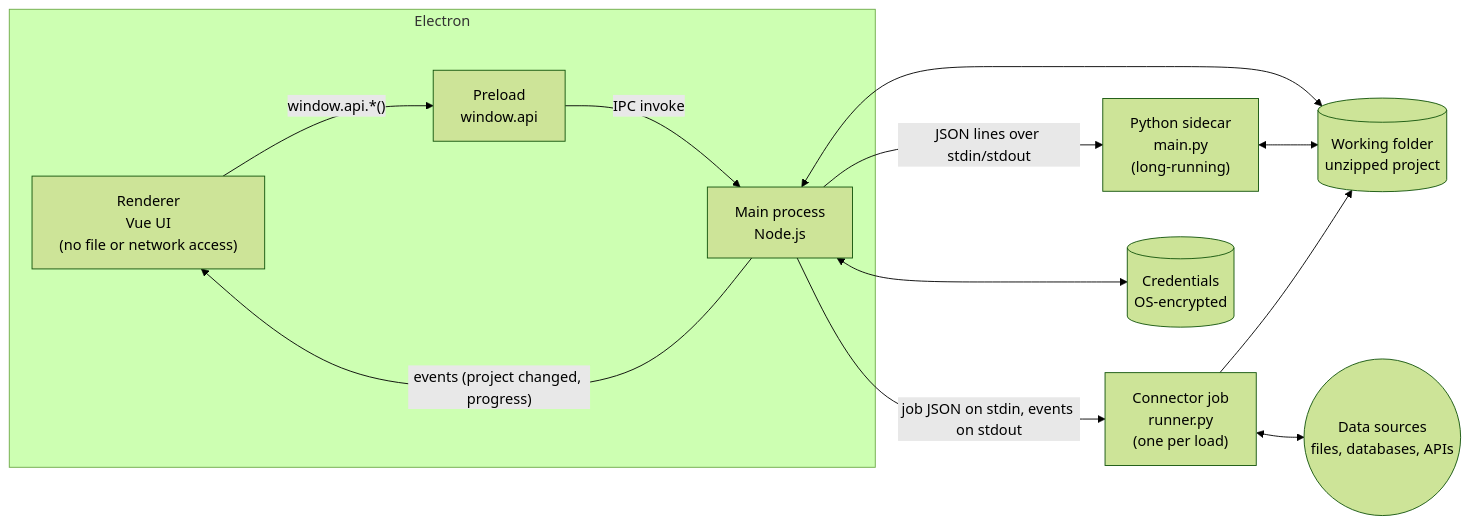
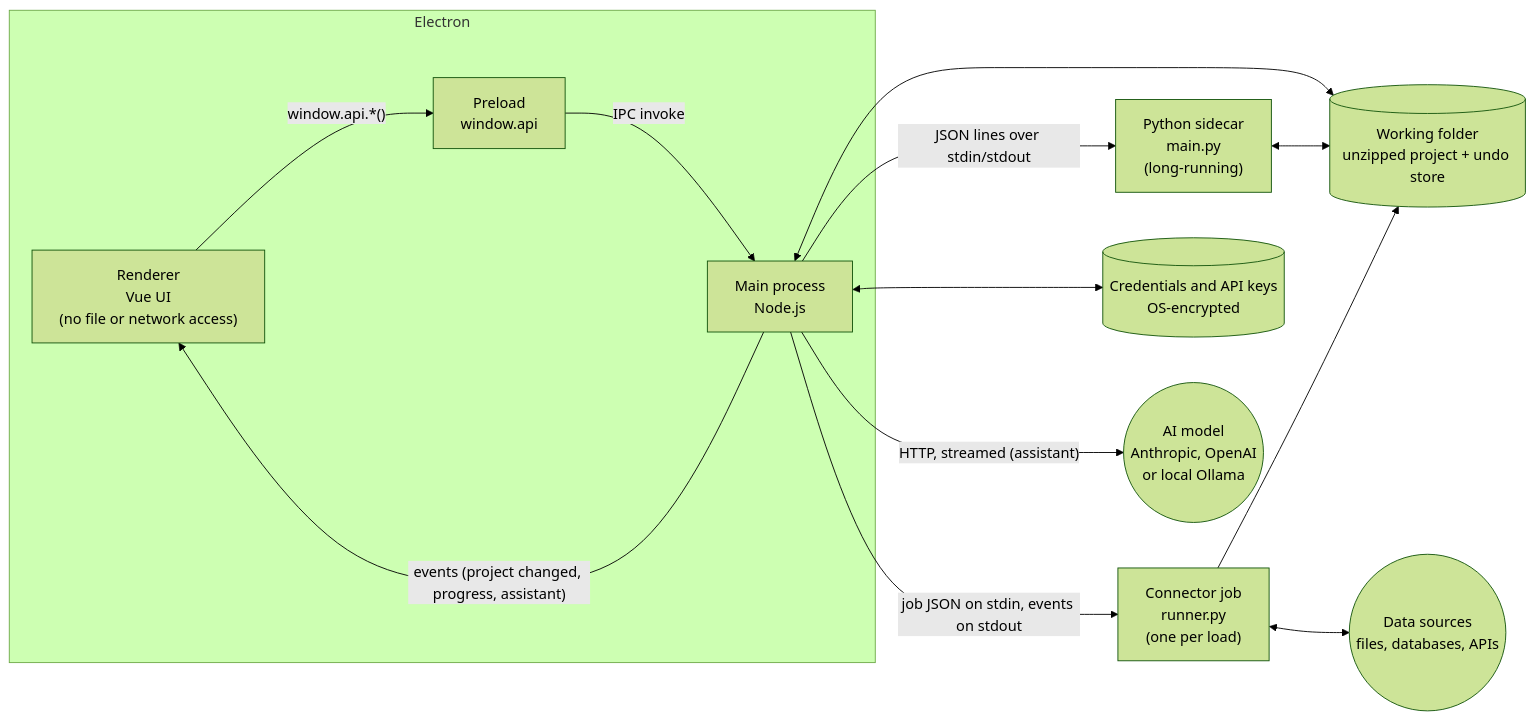
One commit to Elliot11/pawpawbi changed the first of 2 diagrams in docs/architecture.md. Above: the diagram before and after it, drawn with Mermaid (forest theme). The commit also changed other lines of this file and 32 other files, not shown here.

````diff
--- a/docs/architecture.md
+++ b/docs/architecture.md
@@ -11,23 +11,25 @@
 ```mermaid
 flowchart LR
   subgraph Electron
     R["Renderer<br/>Vue UI<br/>(no file or network access)"]
     P["Preload<br/>window.api"]
     M["Main process<br/>Node.js"]
   end
   S["Python sidecar<br/>main.py<br/>(long-running)"]
   J["Connector job<br/>runner.py<br/>(one per load)"]
-  F[("Working folder<br/>unzipped project")]
-  C[("Credentials<br/>OS-encrypted")]
+  F[("Working folder<br/>unzipped project + undo store")]
+  C[("Credentials and API keys<br/>OS-encrypted")]
   X(("Data sources<br/>files, databases, APIs"))
+  A(("AI model<br/>Anthropic, OpenAI<br/>or local Ollama"))
 
   R -- "window.api.*()" --> P -- "IPC invoke" --> M
-  M -- "events (project changed, progress)" --> R
+  M -- "events (project changed, progress, assistant)" --> R
   M -- "JSON lines over stdin/stdout" --> S
   M -- "job JSON on stdin, events on stdout" --> J
+  M -- "HTTP, streamed (assistant)" --> A
   M <--> F
   M <--> C
   S <--> F
   J --> F
   J <--> X
 ```
````
